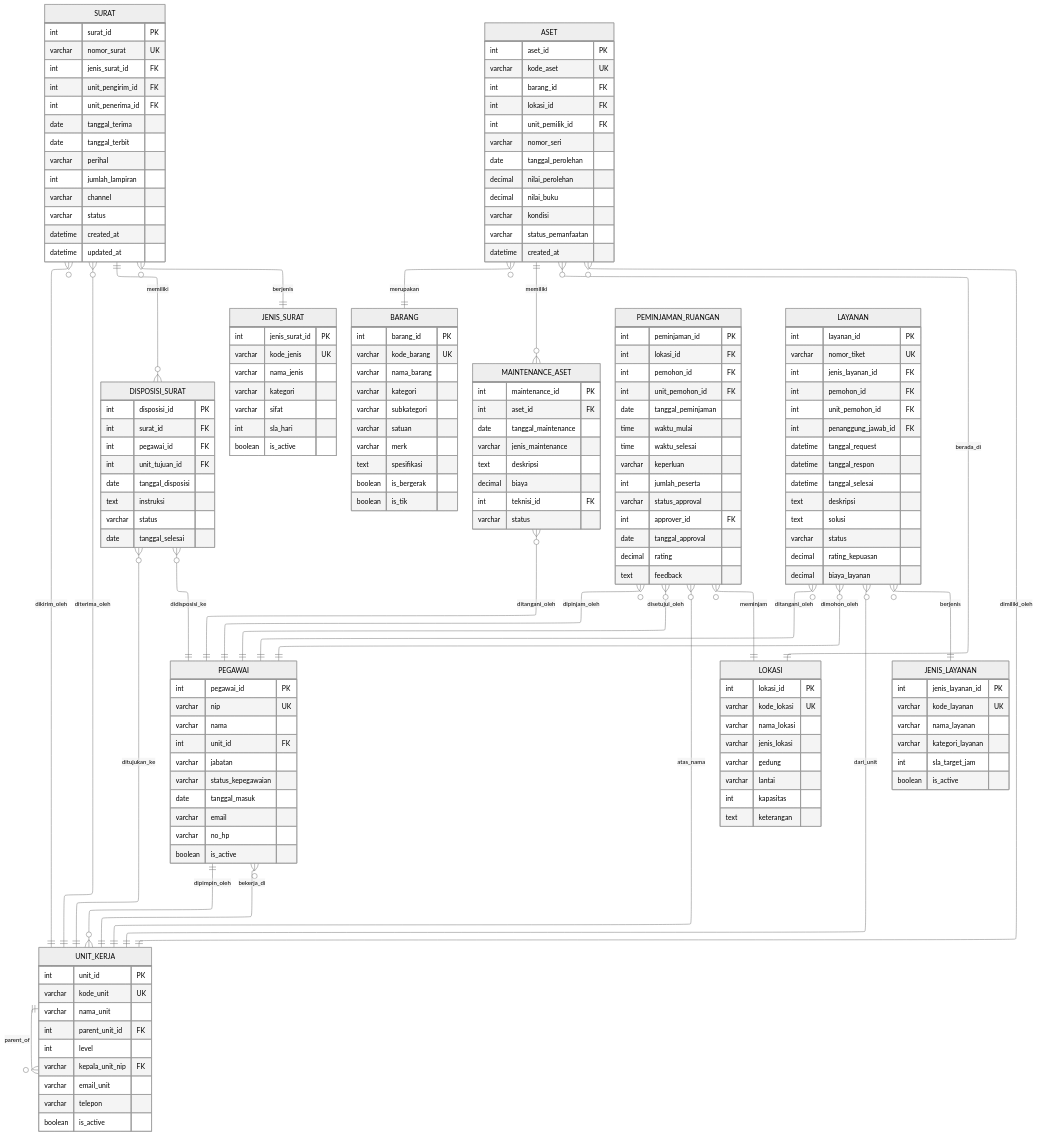
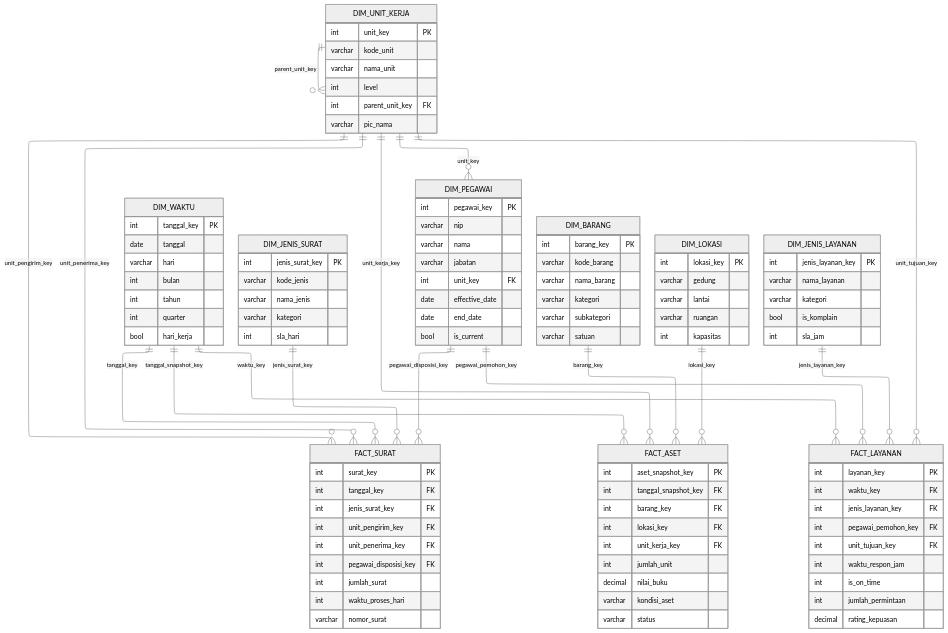
The diagram in docs/02-design/ERD.mmd (FebyAngelina/TUBES_Pergudangan-Data_Kelompok-19), drawn with Mermaid before and after one commit.

Commit message:
Add FACT and DIM tables to ERD
Added new fact and dimension tables for data modeling.

```diff
--- a/docs/02-design/ERD.mmd
+++ b/docs/02-design/ERD.mmd
@@ -1,172 +1,111 @@
 ---
 config:
   layout: elk
   theme: neutral
+  look: classic
 ---
 erDiagram
-	direction TB
-	SURAT {
-		int surat_id PK ""  
-		varchar nomor_surat UK ""  
-		int jenis_surat_id FK ""  
-		int unit_pengirim_id FK ""  
-		int unit_penerima_id FK ""  
-		date tanggal_terima  ""  
-		date tanggal_terbit  ""  
-		varchar perihal  ""  
-		int jumlah_lampiran  ""  
-		varchar channel  ""  
-		varchar status  ""  
-		datetime created_at  ""  
-		datetime updated_at  ""  
-	}
-	DISPOSISI_SURAT {
-		int disposisi_id PK ""  
-		int surat_id FK ""  
-		int pegawai_id FK ""  
-		int unit_tujuan_id FK ""  
-		date tanggal_disposisi  ""  
-		text instruksi  ""  
-		varchar status  ""  
-		date tanggal_selesai  ""  
-	}
-	JENIS_SURAT {
-		int jenis_surat_id PK ""  
-		varchar kode_jenis UK ""  
-		varchar nama_jenis  ""  
-		varchar kategori  ""  
-		varchar sifat  ""  
-		int sla_hari  ""  
-		boolean is_active  ""  
-	}
-	UNIT_KERJA {
-		int unit_id PK ""  
-		varchar kode_unit UK ""  
-		varchar nama_unit  ""  
-		int parent_unit_id FK ""  
-		int level  ""  
-		varchar kepala_unit_nip FK ""  
-		varchar email_unit  ""  
-		varchar telepon  ""  
-		boolean is_active  ""  
-	}
-	PEGAWAI {
-		int pegawai_id PK ""  
-		varchar nip UK ""  
-		varchar nama  ""  
-		int unit_id FK ""  
-		varchar jabatan  ""  
-		varchar status_kepegawaian  ""  
-		date tanggal_masuk  ""  
-		varchar email  ""  
-		varchar no_hp  ""  
-		boolean is_active  ""  
-	}
-	ASET {
-		int aset_id PK ""  
-		varchar kode_aset UK ""  
-		int barang_id FK ""  
-		int lokasi_id FK ""  
-		int unit_pemilik_id FK ""  
-		varchar nomor_seri  ""  
-		date tanggal_perolehan  ""  
-		decimal nilai_perolehan  ""  
-		decimal nilai_buku  ""  
-		varchar kondisi  ""  
-		varchar status_pemanfaatan  ""  
-		datetime created_at  ""  
-	}
-	BARANG {
-		int barang_id PK ""  
-		varchar kode_barang UK ""  
-		varchar nama_barang  ""  
-		varchar kategori  ""  
-		varchar subkategori  ""  
-		varchar satuan  ""  
-		varchar merk  ""  
-		text spesifikasi  ""  
-		boolean is_bergerak  ""  
-		boolean is_tik  ""  
-	}
-	LOKASI {
-		int lokasi_id PK ""  
-		varchar kode_lokasi UK ""  
-		varchar nama_lokasi  ""  
-		varchar jenis_lokasi  ""  
-		varchar gedung  ""  
-		varchar lantai  ""  
-		int kapasitas  ""  
-		text keterangan  ""  
-	}
-	MAINTENANCE_ASET {
-		int maintenance_id PK ""  
-		int aset_id FK ""  
-		date tanggal_maintenance  ""  
-		varchar jenis_maintenance  ""  
-		text deskripsi  ""  
-		decimal biaya  ""  
-		int teknisi_id FK ""  
-		varchar status  ""  
-	}
-	PEMINJAMAN_RUANGAN {
-		int peminjaman_id PK ""  
-		int lokasi_id FK ""  
-		int pemohon_id FK ""  
-		int unit_pemohon_id FK ""  
-		date tanggal_peminjaman  ""  
-		time waktu_mulai  ""  
-		time waktu_selesai  ""  
-		varchar keperluan  ""  
-		int jumlah_peserta  ""  
-		varchar status_approval  ""  
-		int approver_id FK ""  
-		date tanggal_approval  ""  
-		decimal rating  ""  
-		text feedback  ""  
-	}
-	LAYANAN {
-		int layanan_id PK ""  
-		varchar nomor_tiket UK ""  
-		int jenis_layanan_id FK ""  
-		int pemohon_id FK ""  
-		int unit_pemohon_id FK ""  
-		int penanggung_jawab_id FK ""  
-		datetime tanggal_request  ""  
-		datetime tanggal_respon  ""  
-		datetime tanggal_selesai  ""  
-		text deskripsi  ""  
-		text solusi  ""  
-		varchar status  ""  
-		decimal rating_kepuasan  ""  
-		decimal biaya_layanan  ""  
-	}
-	JENIS_LAYANAN {
-		int jenis_layanan_id PK ""  
-		varchar kode_layanan UK ""  
-		varchar nama_layanan  ""  
-		varchar kategori_layanan  ""  
-		int sla_target_jam  ""  
-		boolean is_active  ""  
-	}
-	SURAT||--o{DISPOSISI_SURAT:"memiliki"
-	SURAT}o--||JENIS_SURAT:"berjenis"
-	SURAT}o--||UNIT_KERJA:"dikirim_oleh"
-	SURAT}o--||UNIT_KERJA:"diterima_oleh"
-	DISPOSISI_SURAT}o--||PEGAWAI:"didisposisi_ke"
-	DISPOSISI_SURAT}o--||UNIT_KERJA:"ditujukan_ke"
-	UNIT_KERJA||--o{UNIT_KERJA:"parent_of"
-	UNIT_KERJA}o--||PEGAWAI:"dipimpin_oleh"
-	PEGAWAI}o--||UNIT_KERJA:"bekerja_di"
-	ASET}o--||BARANG:"merupakan"
-	ASET}o--||LOKASI:"berada_di"
-	ASET}o--||UNIT_KERJA:"dimiliki_oleh"
-	ASET||--o{MAINTENANCE_ASET:"memiliki"
-	MAINTENANCE_ASET}o--||PEGAWAI:"ditangani_oleh"
-	PEMINJAMAN_RUANGAN}o--||LOKASI:"meminjam"
-	PEMINJAMAN_RUANGAN}o--||PEGAWAI:"dipinjam_oleh"
-	PEMINJAMAN_RUANGAN}o--||UNIT_KERJA:"atas_nama"
-	PEMINJAMAN_RUANGAN}o--||PEGAWAI:"disetujui_oleh"
-	LAYANAN}o--||JENIS_LAYANAN:"berjenis"
-	LAYANAN}o--||PEGAWAI:"dimohon_oleh"
-	LAYANAN}o--||UNIT_KERJA:"dari_unit"
-	LAYANAN}o--||PEGAWAI:"ditangani_oleh"
+    FACT_SURAT {
+        int surat_key PK
+        int tanggal_key FK
+        int jenis_surat_key FK
+        int unit_pengirim_key FK
+        int unit_penerima_key FK
+        int pegawai_disposisi_key FK
+        int jumlah_surat
+        int waktu_proses_hari
+        varchar nomor_surat
+    }
+    FACT_ASET {
+        int aset_snapshot_key PK
+        int tanggal_snapshot_key FK
+        int barang_key FK
+        int lokasi_key FK
+        int unit_kerja_key FK
+        int jumlah_unit
+        decimal nilai_buku
+        varchar kondisi_aset
+        varchar status
+    }
+    FACT_LAYANAN {
+        int layanan_key PK
+        int waktu_key FK
+        int jenis_layanan_key FK
+        int pegawai_pemohon_key FK
+        int unit_tujuan_key FK
+        int waktu_respon_jam
+        int is_on_time
+        int jumlah_permintaan
+        decimal rating_kepuasan
+    }
+    DIM_WAKTU {
+        int tanggal_key PK
+        date tanggal
+        varchar hari
+        int bulan
+        int tahun
+        int quarter
+        bool hari_kerja
+    }
+    DIM_JENIS_SURAT {
+        int jenis_surat_key PK
+        varchar kode_jenis
+        varchar nama_jenis
+        varchar kategori
+        int sla_hari
+    }
+    DIM_UNIT_KERJA {
+        int unit_key PK
+        varchar kode_unit
+        varchar nama_unit
+        int level
+        int parent_unit_key FK
+        varchar pic_nama
+    }
+    DIM_PEGAWAI {
+        int pegawai_key PK
+        varchar nip
+        varchar nama
+        varchar jabatan
+        int unit_key FK
+        date effective_date
+        date end_date
+        bool is_current
+    }
+    DIM_BARANG {
+        int barang_key PK
+        varchar kode_barang
+        varchar nama_barang
+        varchar kategori
+        varchar subkategori
+        varchar satuan
+    }
+    DIM_LOKASI {
+        int lokasi_key PK
+        varchar gedung
+        varchar lantai
+        varchar ruangan
+        int kapasitas
+    }
+    DIM_JENIS_LAYANAN {
+        int jenis_layanan_key PK
+        varchar nama_layanan
+        varchar kategori
+        bool is_komplain
+        int sla_jam
+    }
+    DIM_WAKTU ||--o{ FACT_SURAT : "tanggal_key"
+    DIM_JENIS_SURAT ||--o{ FACT_SURAT : "jenis_surat_key"
+    DIM_UNIT_KERJA ||--o{ FACT_SURAT : "unit_pengirim_key"
+    DIM_UNIT_KERJA ||--o{ FACT_SURAT : "unit_penerima_key"
+    DIM_PEGAWAI ||--o{ FACT_SURAT : "pegawai_disposisi_key"
+    DIM_WAKTU ||--o{ FACT_ASET : "tanggal_snapshot_key"
+    DIM_BARANG ||--o{ FACT_ASET : "barang_key"
+    DIM_LOKASI ||--o{ FACT_ASET : "lokasi_key"
+    DIM_UNIT_KERJA ||--o{ FACT_ASET : "unit_kerja_key"
+    DIM_WAKTU ||--o{ FACT_LAYANAN : "waktu_key"
+    DIM_JENIS_LAYANAN ||--o{ FACT_LAYANAN : "jenis_layanan_key"
+    DIM_PEGAWAI ||--o{ FACT_LAYANAN : "pegawai_pemohon_key"
+    DIM_UNIT_KERJA ||--o{ FACT_LAYANAN : "unit_tujuan_key"
+    DIM_UNIT_KERJA ||--o{ DIM_UNIT_KERJA : "parent_unit_key"
+    DIM_UNIT_KERJA ||--o{ DIM_PEGAWAI : "unit_key"
```
